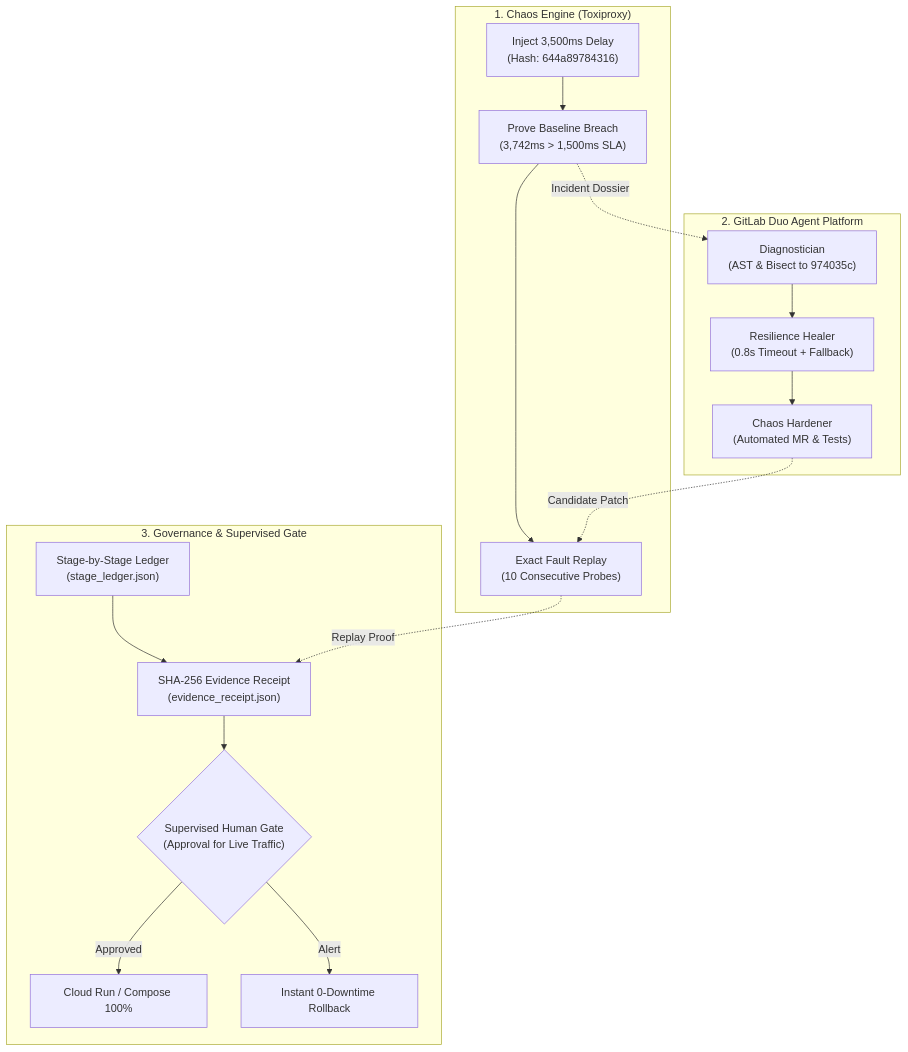
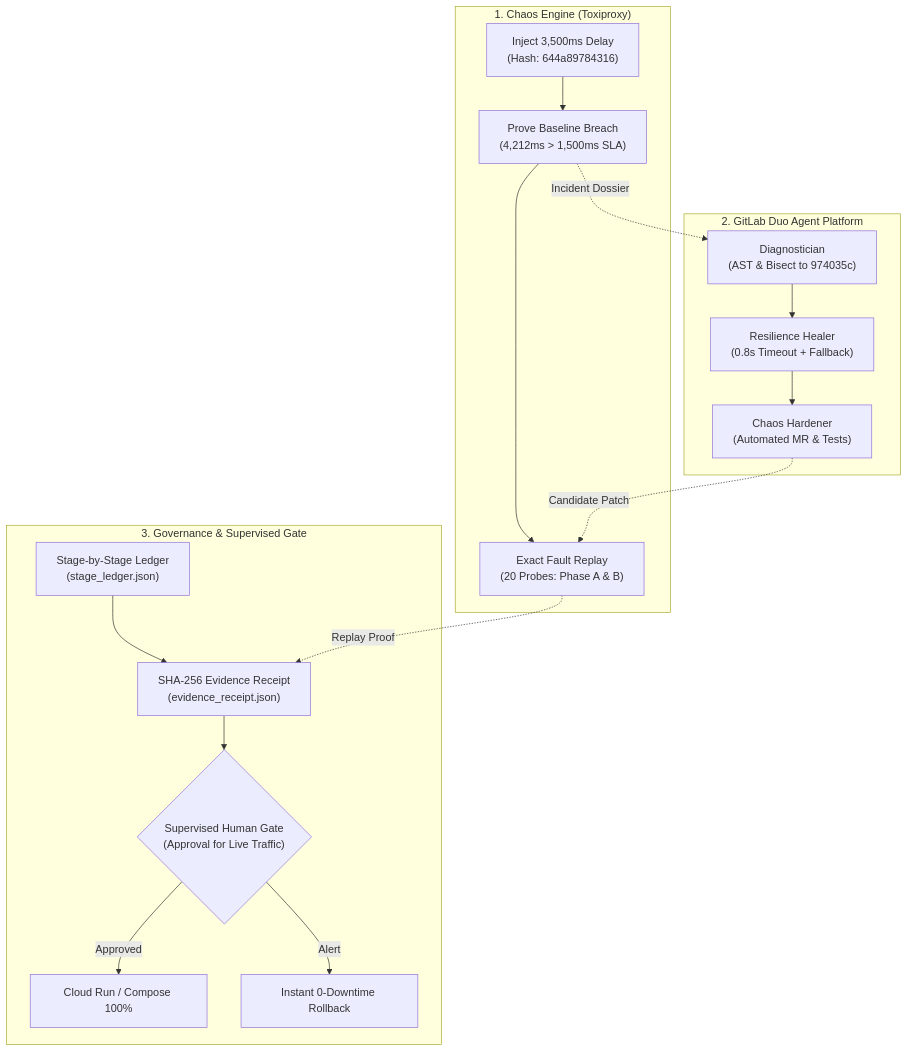
The second of 2 diagrams in README.md (rajpriyanid-creator/faultforge), drawn with Mermaid before and after one commit. The commit also changed other lines of this file and 34 other files, not shown here.

````diff
--- a/README.md
+++ b/README.md
@@ -100,23 +100,23 @@
 ```mermaid
 flowchart TD
     subgraph Swimlane1["1. Chaos Engine (Toxiproxy)"]
-        C1["Inject 3,500ms Delay<br/>(Hash: 644a89784316)"] --> C2["Prove Baseline Breach<br/>(3,742ms > 1,500ms SLA)"]
-        C2 --> C3["Exact Fault Replay<br/>(10 Consecutive Probes)"]
+        C1["Inject 3,500ms Delay<br/>(Hash: 644a89784316)"] --> C2["Prove Baseline Breach<br/>(4,212ms > 1,500ms SLA)"]
+        C2 --> C3["Exact Fault Replay<br/>(20 Probes: Phase A & B)"]
     end
 
     subgraph Swimlane2["2. GitLab Duo Agent Platform"]
         D1["Diagnostician<br/>(AST & Bisect to 974035c)"] --> D2["Resilience Healer<br/>(0.8s Timeout + Fallback)"]
         D2 --> D3["Chaos Hardener<br/>(Automated MR & Tests)"]
     end
 
     subgraph Swimlane3["3. Governance & Supervised Gate"]
         G1["Stage-by-Stage Ledger<br/>(stage_ledger.json)"] --> G2["SHA-256 Evidence Receipt<br/>(evidence_receipt.json)"]
         G2 --> G3{"Supervised Human Gate<br/>(Approval for Live Traffic)"}
         G3 -->|Approved| G4["Cloud Run / Compose 100%"]
         G3 -->|Alert| G5["Instant 0-Downtime Rollback"]
     end
 
     C2 -.->|Incident Dossier| D1
     D3 -.->|Candidate Patch| C3
     C3 -.->|Replay Proof| G2
 ```
````
